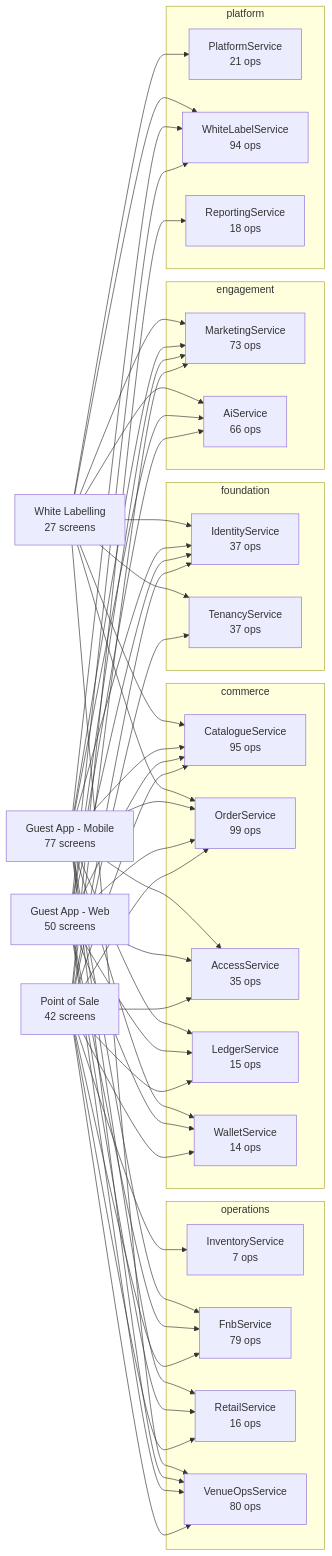
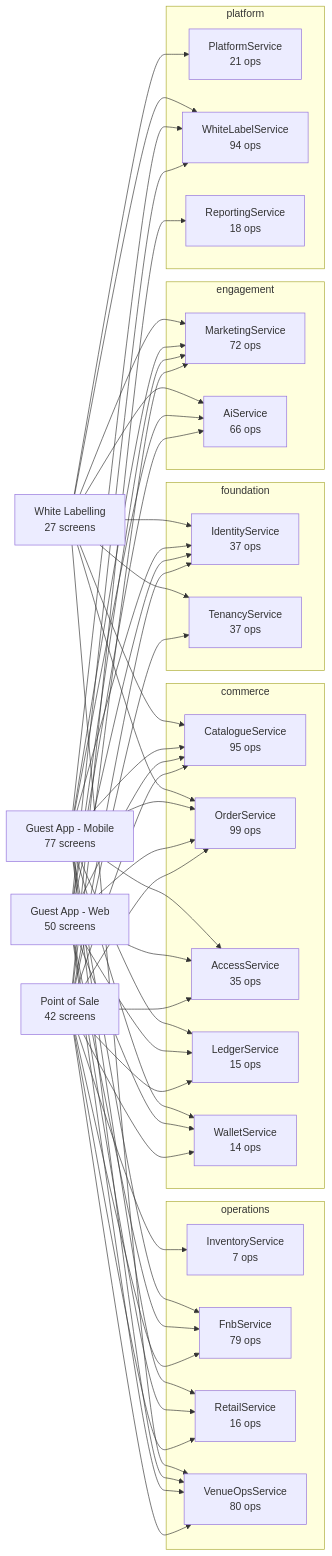
Before and after one commit to Diretide298/Solution_Architecture: the diagram in ticvai/handoff/service-docs/README.md, drawn with Mermaid. The commit also changed other lines of this file and 16 other files, not shown here.

Commit message:
r11 fix-contracts lane, derived: lineage, schema reference, DDL (V0118 now also creates identity.subject_data_export_part), service docs, regenerated by hand for CHG-R11FXC-005; regenerated again at the merge

````diff
--- a/ticvai/handoff/service-docs/README.md
+++ b/ticvai/handoff/service-docs/README.md
@@ -9,79 +9,79 @@
 ```mermaid
 flowchart LR
   POS["Point of Sale<br/>42 screens"]
   WEB["Guest App - Web<br/>50 screens"]
   MOB["Guest App - Mobile<br/>77 screens"]
   WL["White Labelling<br/>27 screens"]
   subgraph foundation
     IdentityService["IdentityService<br/>37 ops"]
     TenancyService["TenancyService<br/>37 ops"]
   end
   subgraph commerce
     CatalogueService["CatalogueService<br/>95 ops"]
     OrderService["OrderService<br/>99 ops"]
     AccessService["AccessService<br/>35 ops"]
     LedgerService["LedgerService<br/>15 ops"]
     WalletService["WalletService<br/>14 ops"]
   end
   subgraph operations
     InventoryService["InventoryService<br/>7 ops"]
     FnbService["FnbService<br/>79 ops"]
     RetailService["RetailService<br/>16 ops"]
     VenueOpsService["VenueOpsService<br/>80 ops"]
   end
   subgraph engagement
-    MarketingService["MarketingService<br/>73 ops"]
+    MarketingService["MarketingService<br/>72 ops"]
     AiService["AiService<br/>66 ops"]
   end
   subgraph platform
     PlatformService["PlatformService<br/>21 ops"]
     WhiteLabelService["WhiteLabelService<br/>94 ops"]
     ReportingService["ReportingService<br/>18 ops"]
   end
   POS --> OrderService
   WEB --> OrderService
   MOB --> OrderService
   WL --> OrderService
   POS --> FnbService
   WEB --> FnbService
   MOB --> FnbService
   POS --> AccessService
   WEB --> AccessService
   MOB --> AccessService
   WL --> PlatformService
   POS --> MarketingService
   WEB --> MarketingService
   MOB --> MarketingService
   WL --> MarketingService
   POS --> CatalogueService
   WEB --> CatalogueService
   MOB --> CatalogueService
   WL --> CatalogueService
   POS --> VenueOpsService
   WEB --> VenueOpsService
   MOB --> VenueOpsService
   WL --> VenueOpsService
   POS --> TenancyService
   WL --> TenancyService
   POS --> ReportingService
   WEB --> WhiteLabelService
   MOB --> WhiteLabelService
   WL --> WhiteLabelService
   POS --> InventoryService
   POS --> IdentityService
   WEB --> IdentityService
   MOB --> IdentityService
   WL --> IdentityService
   POS --> RetailService
   WEB --> RetailService
   MOB --> RetailService
   WEB --> AiService
   MOB --> AiService
   WL --> AiService
   POS --> WalletService
   WEB --> WalletService
   MOB --> WalletService
   POS --> LedgerService
   WEB --> LedgerService
   MOB --> LedgerService
 ```
````
